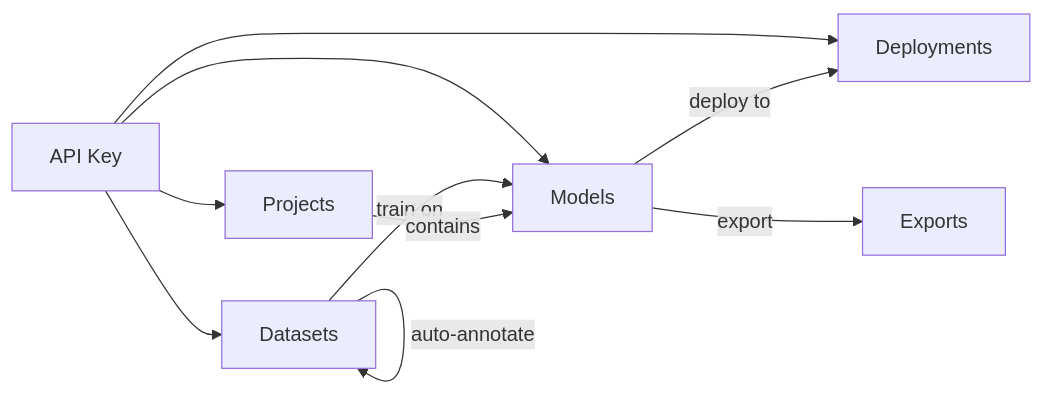
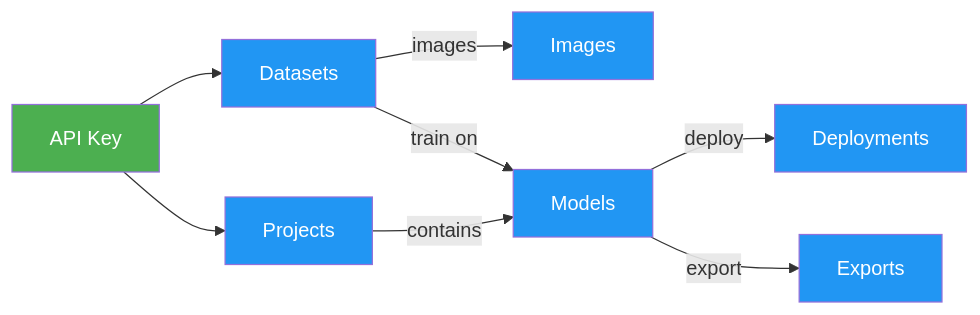
The first of 4 diagrams in ultralytics/docs/en/platform/api/index.md (KATe-AGI/Embodied_VG), drawn with Mermaid before and after one commit. The commit also changed other lines of this file and 980 other files, not shown here.

````diff
--- a/ultralytics/docs/en/platform/api/index.md
+++ b/ultralytics/docs/en/platform/api/index.md
@@ -29,12 +54,13 @@
 ```mermaid
 graph LR
-    A[API Key] --> B[Datasets]
-    A --> C[Projects]
-    A --> D[Models]
-    A --> E[Deployments]
+    A[API Key]:::start --> B[Datasets]:::proc
+    A --> C[Projects]:::proc
+    B -->|images| G[Images]:::proc
+    C -->|contains| D[Models]:::proc
     B -->|train on| D
-    C -->|contains| D
-    D -->|deploy to| E
-    D -->|export| F[Exports]
-    B -->|auto-annotate| B
+    D -->|deploy| E[Deployments]:::proc
+    D -->|export| F[Exports]:::proc
+
+    classDef start fill:#4CAF50,color:#fff
+    classDef proc fill:#2196F3,color:#fff
 ```
````
